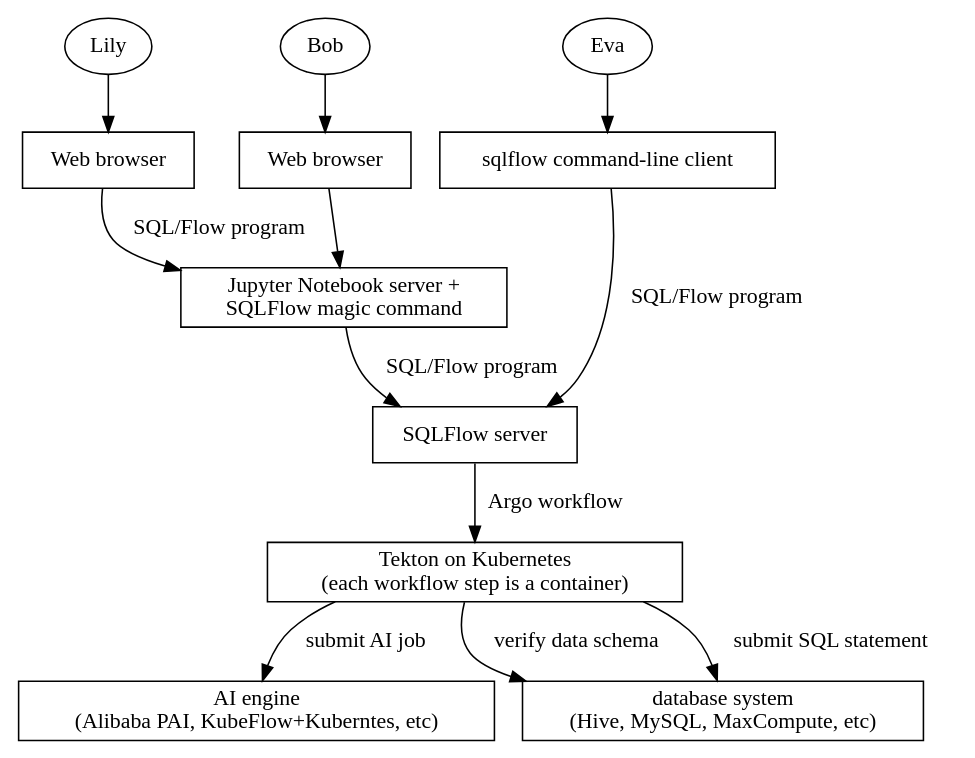
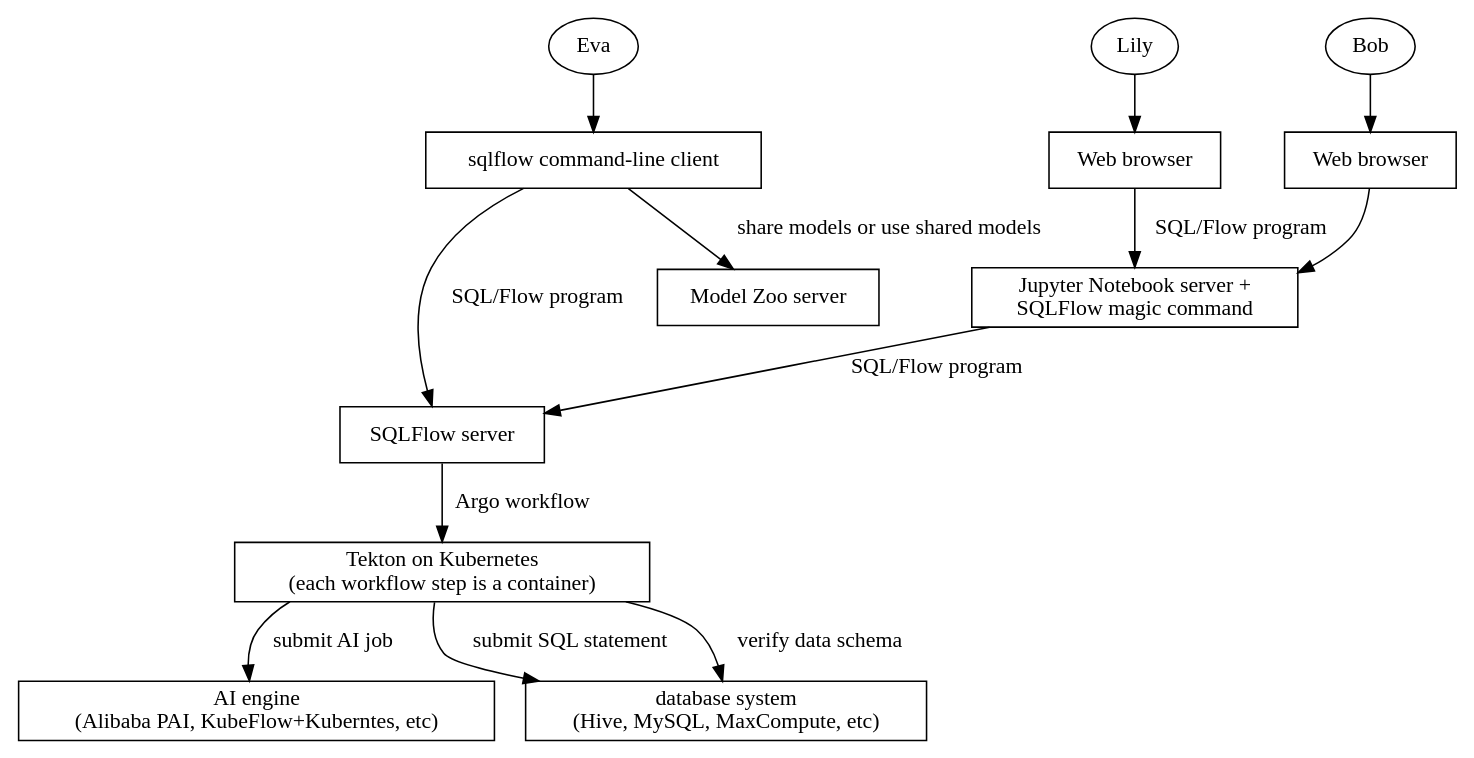
One commit to sql-machine-learning/playground changed the diagram in figures/arch.dot. Above: the diagram before and after it, drawn with Graphviz. The commit also changed 3 other files, not shown here.

Commit message:
Add model zoo server in the figure

```diff
--- a/figures/arch.dot
+++ b/figures/arch.dot
@@ -1,36 +1,38 @@
 digraph G {
         node [shape=box];
 
         User1 [shape=oval, label="Lily"];
         User2 [shape=oval, label="Bob"];
         User3 [shape=oval, label="Eva"];
 
         {rank = same; User1; User2; User3}
 
         Browser1 [label="Web browser"];
         Browser2 [label="Web browser"];
 
         {rank = same; Browser1, Browser2, Client}
 
         Jupyter [label="Jupyter Notebook server +\n SQLFlow magic command"];
         SQLFlow [label="SQLFlow server"];
+        ModelZoo [label="Model Zoo server\n"];
         Argo [label="Tekton on Kubernetes\n(each workflow step is a container)"];
         AI [label="AI engine\n(Alibaba PAI, KubeFlow+Kuberntes, etc)"];
         DBMS [label="database system\n(Hive, MySQL, MaxCompute, etc)"];
 
         User1 -> Browser1;
         User2 -> Browser2;
         Browser1 -> Jupyter [label="SQL/Flow program"];
         Browser2 -> Jupyter;
 
         Jupyter -> SQLFlow [label="SQL/Flow program"];
         SQLFlow -> Argo [label="Argo workflow"];
         Argo -> DBMS [label="submit SQL statement"];
         Argo -> AI [label="submit AI job"];
         Argo -> DBMS [label="verify data schema"];
 
         Client [label="sqlflow command-line client"];
 
         User3 -> Client;
         Client -> SQLFlow [label="SQL/Flow program"];
+        Client -> ModelZoo [label="share models or use shared models"];
 }
```
